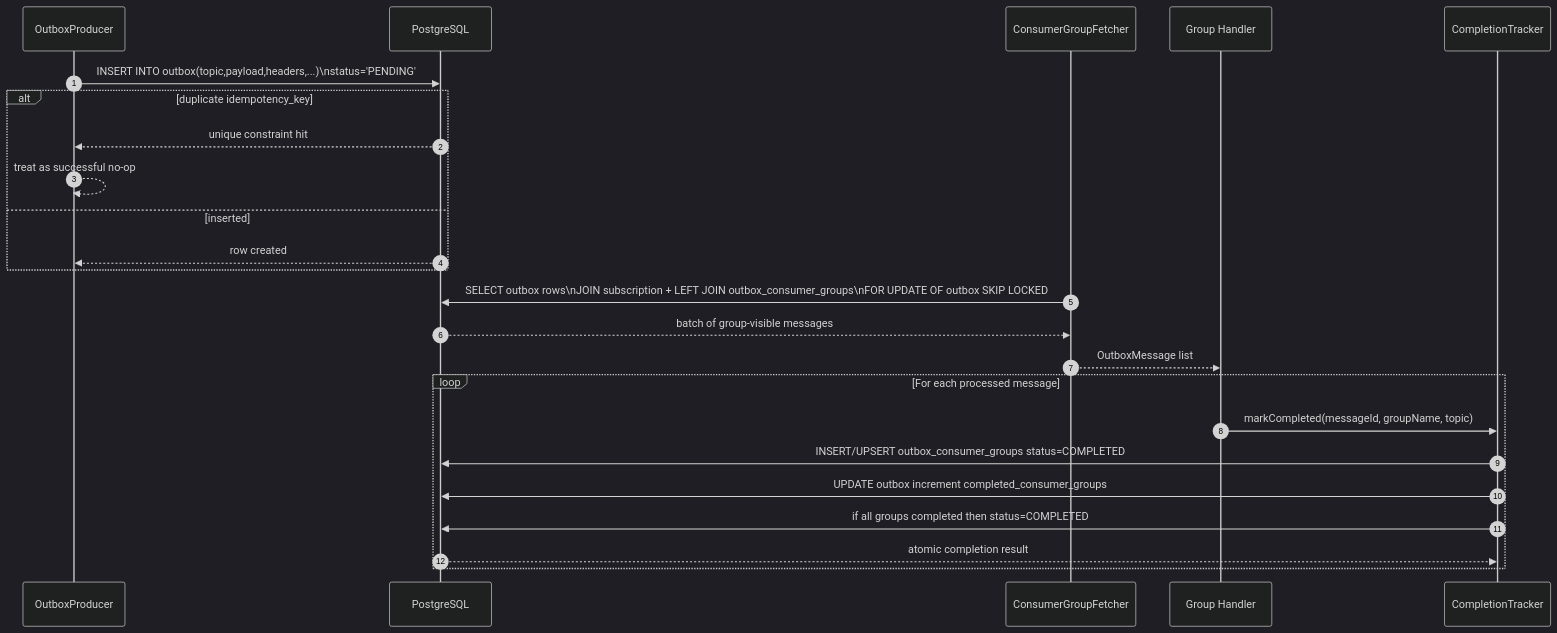
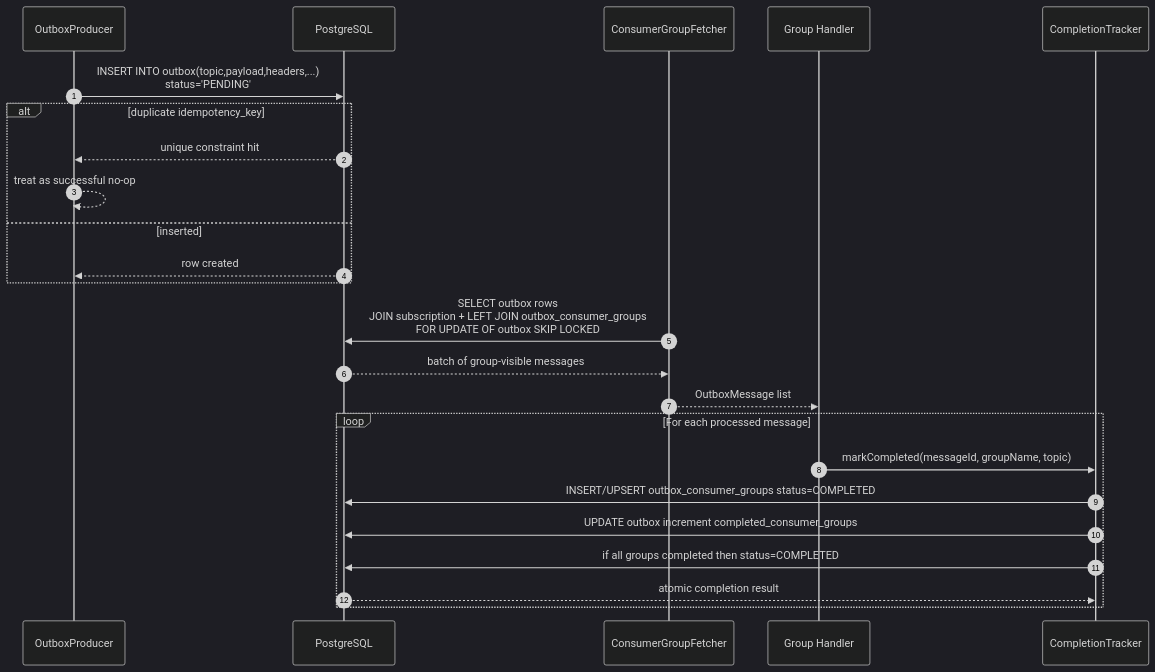
Before and after one commit to mraysmit/peegeeq: the third of 3 diagrams in docs/PEEGEEQ_SYSTEM_MODULES_SEQUENCE_DIAGRAMS.md, drawn with Mermaid (dark theme). The commit also changed other lines of this file and 10 other files, not shown here.

````diff
--- a/docs/PEEGEEQ_SYSTEM_MODULES_SEQUENCE_DIAGRAMS.md
+++ b/docs/PEEGEEQ_SYSTEM_MODULES_SEQUENCE_DIAGRAMS.md
@@ -180,29 +180,29 @@
 ```mermaid
 sequenceDiagram
     autonumber
     participant Prod as OutboxProducer
     participant DB as PostgreSQL
     participant Fetch as ConsumerGroupFetcher
     participant Handler as Group Handler
     participant Track as CompletionTracker
 
-    Prod->>DB: INSERT INTO outbox(topic,payload,headers,...)\nstatus='PENDING'
+    Prod->>DB: INSERT INTO outbox(topic,payload,headers,...)<br/>status='PENDING'
     alt duplicate idempotency_key
         DB-->>Prod: unique constraint hit
         Prod-->>Prod: treat as successful no-op
     else inserted
         DB-->>Prod: row created
     end
 
-    Fetch->>DB: SELECT outbox rows\nJOIN subscription + LEFT JOIN outbox_consumer_groups\nFOR UPDATE OF outbox SKIP LOCKED
+    Fetch->>DB: SELECT outbox rows<br/>JOIN subscription + LEFT JOIN outbox_consumer_groups<br/>FOR UPDATE OF outbox SKIP LOCKED
     DB-->>Fetch: batch of group-visible messages
     Fetch-->>Handler: OutboxMessage list
 
     loop For each processed message
         Handler->>Track: markCompleted(messageId, groupName, topic)
         Track->>DB: INSERT/UPSERT outbox_consumer_groups status=COMPLETED
         Track->>DB: UPDATE outbox increment completed_consumer_groups
         Track->>DB: if all groups completed then status=COMPLETED
         DB-->>Track: atomic completion result
     end
 ```
````
